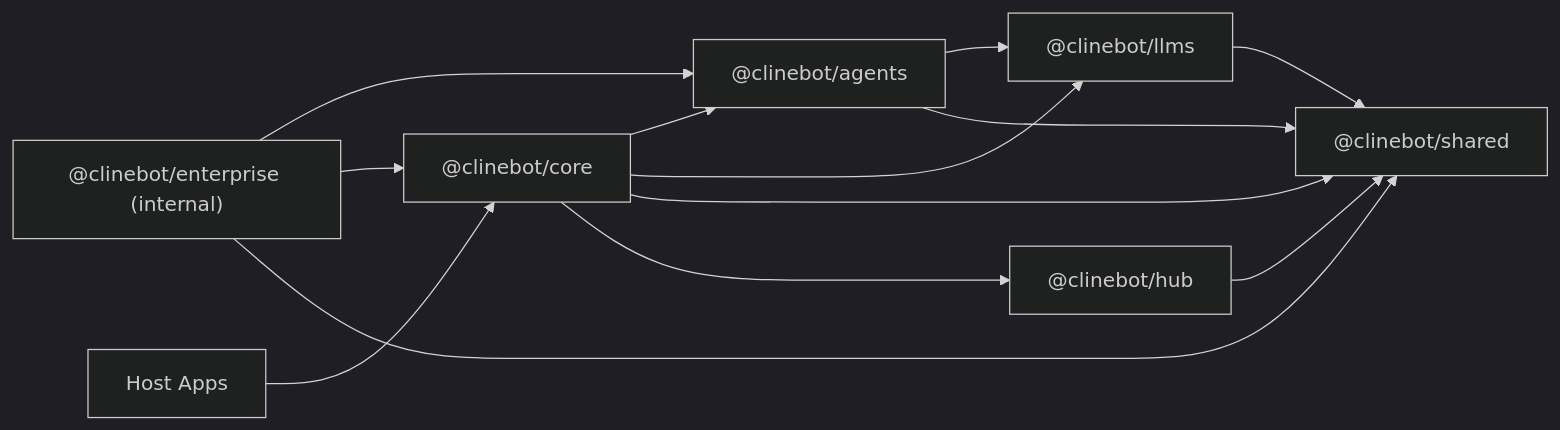
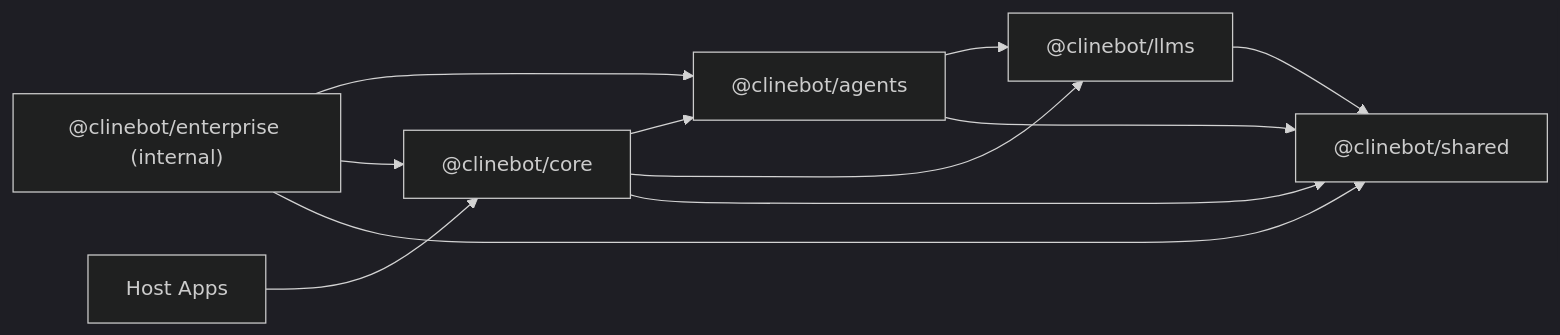
One commit to Dastan-Prince/cline-cn changed the diagram in sdk/ARCHITECTURE.md. Above: the diagram before and after it, drawn with Mermaid (dark theme). The commit also changed other lines of this file and 72 other files, not shown here.

First line of the commit message:
refactor: fold @clinebot/hub into @clinebot/core (#218)

````diff
--- a/sdk/ARCHITECTURE.md
+++ b/sdk/ARCHITECTURE.md
@@ -18,23 +18,20 @@
 ```mermaid
 flowchart LR
   shared["@clinebot/shared"]
   llms["@clinebot/llms"]
   agents["@clinebot/agents"]
   core["@clinebot/core"]
-  hub["@clinebot/hub"]
   enterprise["@clinebot/enterprise (internal)"]
   apps["Host Apps"]
 
   llms --> shared
   agents --> llms
   agents --> shared
   core --> agents
   core --> llms
   core --> shared
-  hub --> shared
-  core --> hub
   enterprise --> agents
   enterprise --> core
   enterprise --> shared
   apps --> core
 ```
````
